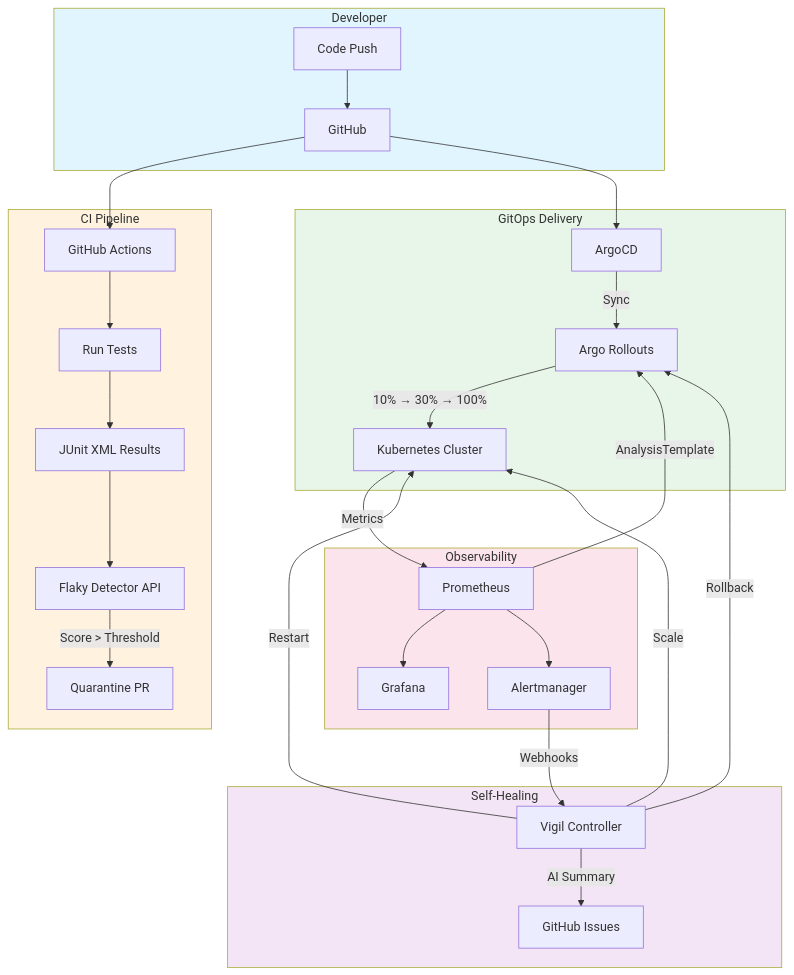
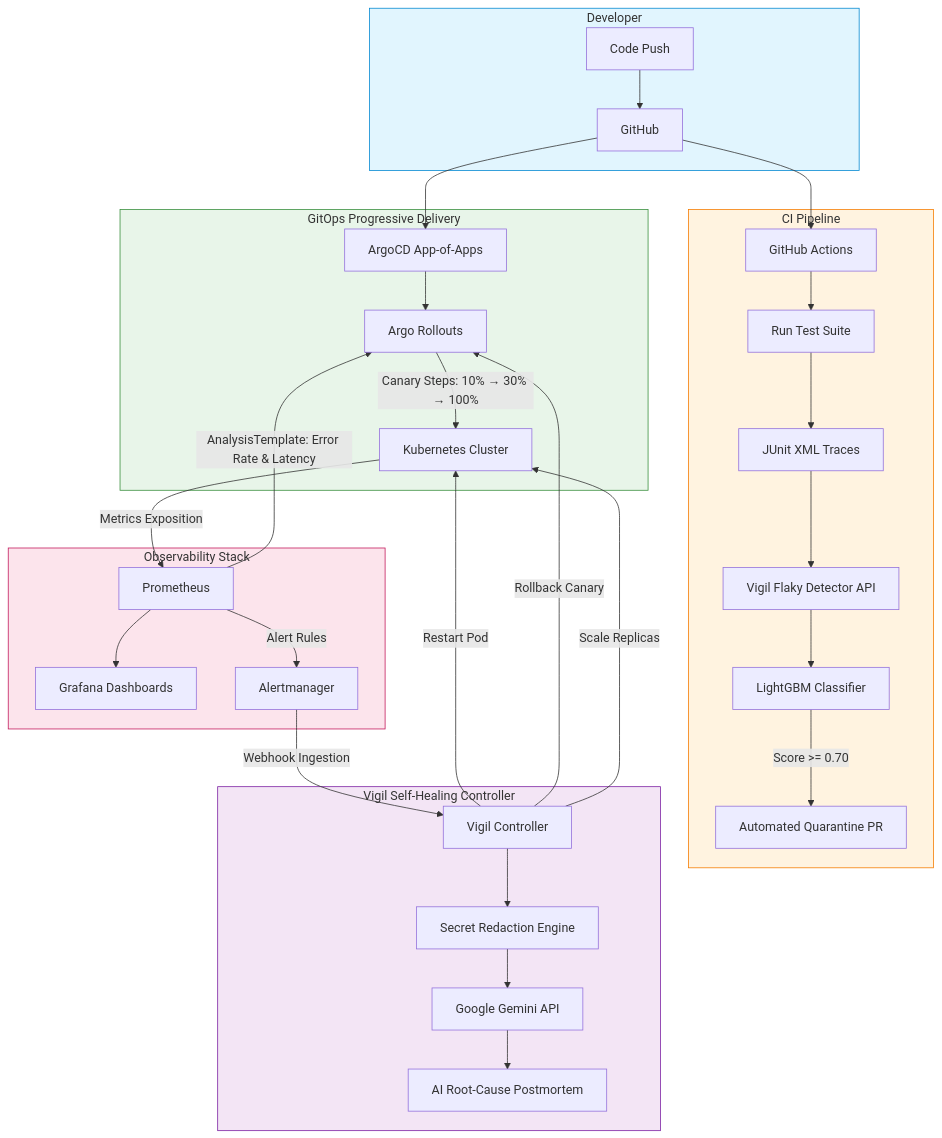
The diagram in README.md (iprsnmsra/vigil), drawn with Mermaid before and after one commit. The commit also changed other lines of this file, not shown here.

Commit message:
docs: expand README with test summaries, latencies, LightGBM benchmarks, Gemini logs, architecture challenges, and copyright

````diff
--- a/README.md
+++ b/README.md
@@ -30,41 +29,44 @@
 ```mermaid
 flowchart TB
     subgraph Developer
         Code[Code Push] --> GH[GitHub]
     end
 
     subgraph CI["CI Pipeline"]
         GH --> GA[GitHub Actions]
-        GA --> Tests[Run Tests]
-        Tests --> JUnit[JUnit XML Results]
-        JUnit --> FD[Flaky Detector API]
-        FD --> |"Score > Threshold"| QPR[Quarantine PR]
+        GA --> Tests[Run Test Suite]
+        Tests --> JUnit[JUnit XML Traces]
+        JUnit --> FD[Vigil Flaky Detector API]
+        FD --> ML[LightGBM Classifier]
+        ML --> |"Score >= 0.70"| QPR[Automated Quarantine PR]
     end
 
-    subgraph GitOps["GitOps Delivery"]
-        GH --> ArgoCD
-        ArgoCD --> |Sync| Rollouts[Argo Rollouts]
-        Rollouts --> |"10% → 30% → 100%"| K8s[Kubernetes Cluster]
+    subgraph GitOps["GitOps Progressive Delivery"]
+        GH --> ArgoCD[ArgoCD App-of-Apps]
+        ArgoCD --> Rollouts[Argo Rollouts]
+        Rollouts --> |"Canary Steps: 10% → 30% → 100%"| K8s[Kubernetes Cluster]
     end
 
-    subgraph Observability
-        K8s --> |Metrics| Prom[Prometheus]
-        Prom --> Grafana
-        Prom --> |AnalysisTemplate| Rollouts
-        Prom --> AM[Alertmanager]
+    subgraph Observability["Observability Stack"]
+        K8s --> |Metrics Exposition| Prom[Prometheus]
+        Prom --> Grafana[Grafana Dashboards]
+        Prom --> |AnalysisTemplate: Error Rate & Latency| Rollouts
+        Prom --> |Alert Rules| AM[Alertmanager]
     end
 
-    subgraph SelfHealing["Self-Healing"]
-        AM --> |Webhooks| Controller[Vigil Controller]
-        Controller --> |Restart| K8s
-        Controller --> |Rollback| Rollouts
-        Controller --> |Scale| K8s
-        Controller --> |"AI Summary"| Issues[GitHub Issues]
+    subgraph SelfHealing["Vigil Self-Healing Controller"]
+        AM --> |Webhook Ingestion| Controller[Vigil Controller]
+        Controller --> |Restart Pod| K8s
+        Controller --> |Rollback Canary| Rollouts
+        Controller --> |Scale Replicas| K8s
+        Controller --> Redact[Secret Redaction Engine]
+        Redact --> Gemini[Google Gemini API]
+        Gemini --> Postmortem[AI Root-Cause Postmortem]
     end
 
-    style Developer fill:#e1f5fe
-    style CI fill:#fff3e0
-    style GitOps fill:#e8f5e9
-    style Observability fill:#fce4ec
-    style SelfHealing fill:#f3e5f5
+    style Developer fill:#e1f5fe,stroke:#0288d1
+    style CI fill:#fff3e0,stroke:#f57c00
+    style GitOps fill:#e8f5e9,stroke:#388e3c
+    style Observability fill:#fce4ec,stroke:#c2185b
+    style SelfHealing fill:#f3e5f5,stroke:#7b1fa2
 ```
````
